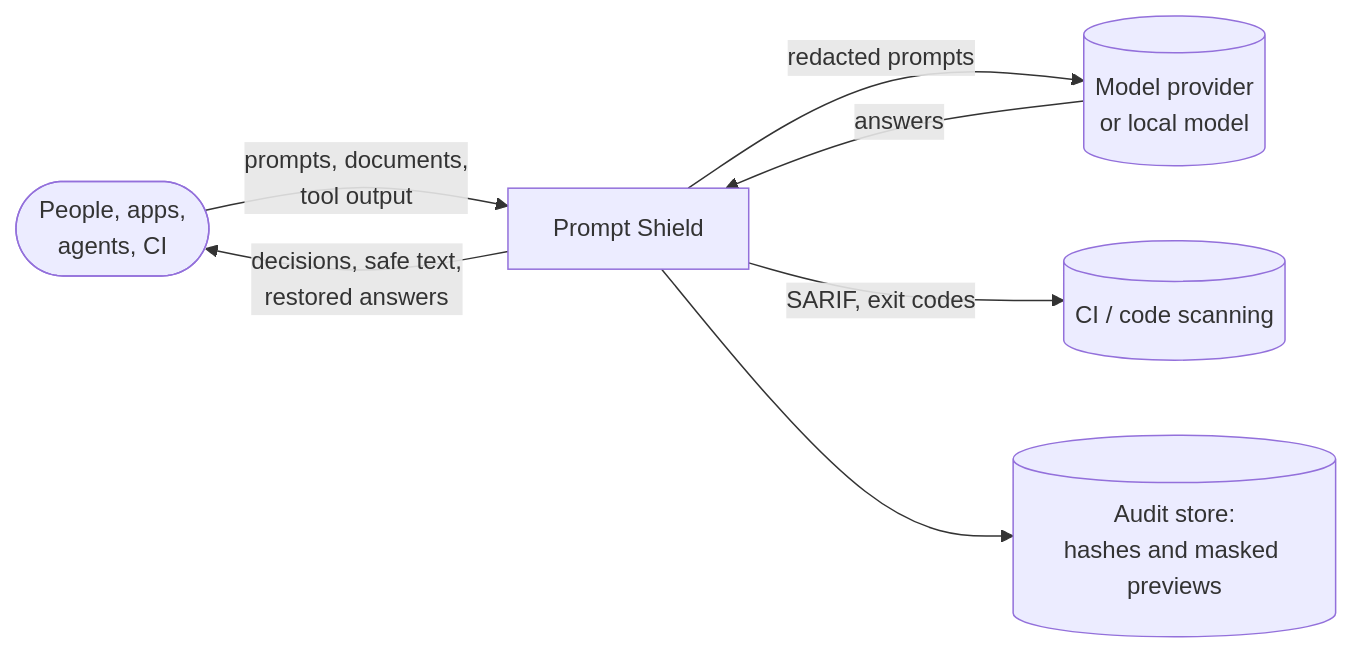
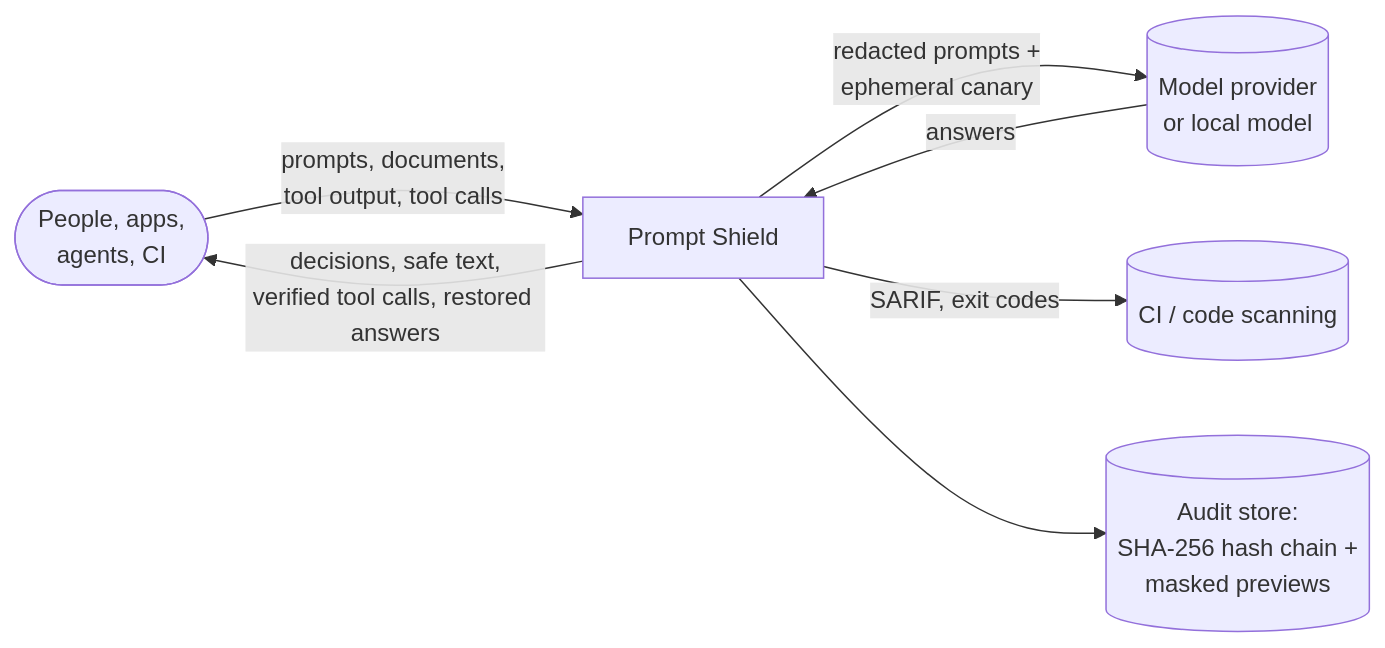
Before and after one commit to abulslab/Zero-Trust-Prompt-Shield: the first of 3 diagrams in docs/architecture.md, drawn with Mermaid. The commit also changed other lines of this file and 27 other files, not shown here.

Commit message:
feat: add shadow de-obfuscation, canary tripwires, taint tracking, tool guard, synthetic redaction, and tamper-evident audit chain

````diff
--- a/docs/architecture.md
+++ b/docs/architecture.md
@@ -11,9 +11,9 @@
 ```mermaid
 flowchart LR
-    people([People, apps,<br/>agents, CI]) -->|prompts, documents,<br/>tool output| ps[Prompt Shield]
-    ps -->|redacted prompts| llm[(Model provider<br/>or local model)]
-    llm -->|answers| ps
-    ps -->|decisions, safe text,<br/>restored answers| people
-    ps -->|SARIF, exit codes| ci[(CI / code scanning)]
-    ps --> audit[(Audit store:<br/>hashes and masked previews)]
+    people(["People, apps,<br/>agents, CI"]) -->|"prompts, documents,<br/>tool output, tool calls"| ps["Prompt Shield"]
+    ps -->|"redacted prompts +<br/>ephemeral canary"| llm[("Model provider<br/>or local model")]
+    llm -->|"answers"| ps
+    ps -->|"decisions, safe text,<br/>verified tool calls, restored answers"| people
+    ps -->|"SARIF, exit codes"| ci[("CI / code scanning")]
+    ps --> audit[("Audit store:<br/>SHA-256 hash chain +<br/>masked previews")]
 ```
````
